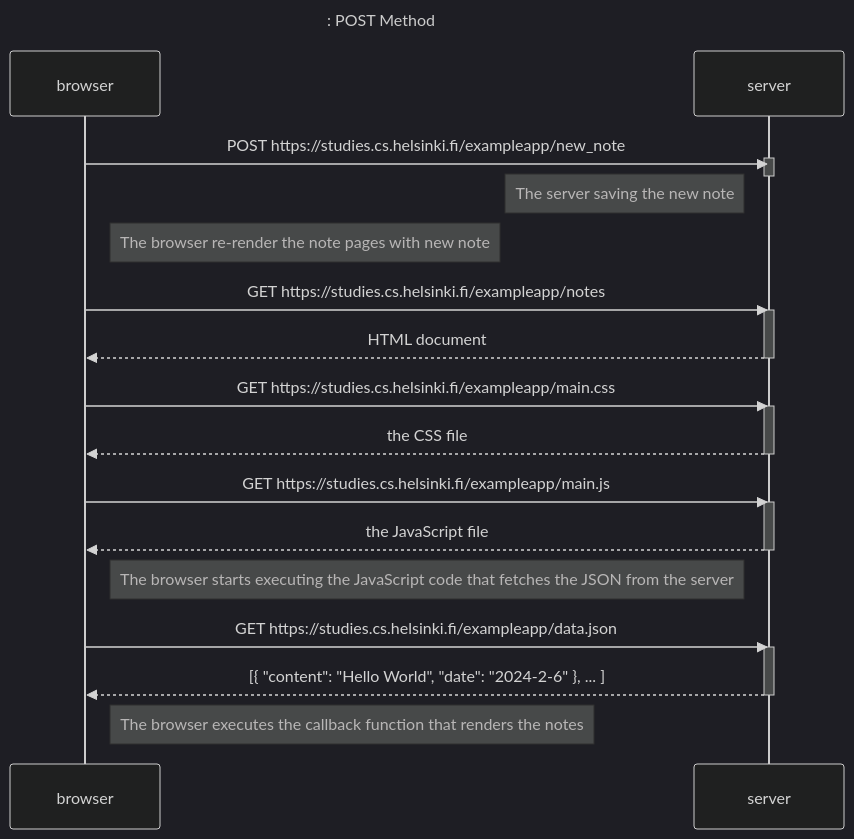
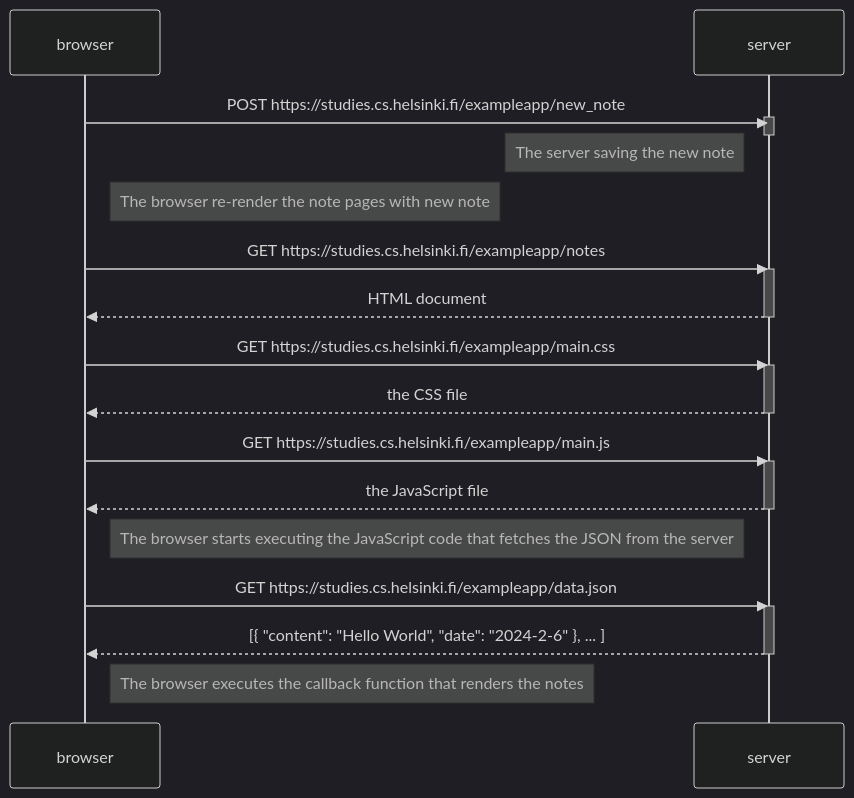
The diagram in part0/0.4.md (achmad-syidiq/fullstackopen2024), drawn with Mermaid (dark theme) before and after one commit.

Commit message:
revisi 0.4.md ke -1

````diff
--- a/part0/0.4.md
+++ b/part0/0.4.md
@@ -3,39 +3,39 @@
 ```mermaid
     sequenceDiagram
-            Title : POST Method
+
             participant browser
             participant server
 
             browser->>server : POST https://studies.cs.helsinki.fi/exampleapp/new_note
             activate server
             deactivate server
             
             Note left of server: The server saving the new note
 
             Note right of browser: The browser re-render the note pages with new note
 
             
             browser->>server: GET https://studies.cs.helsinki.fi/exampleapp/notes
             activate server
             server-->>browser: HTML document
             deactivate server
 
             browser->>server: GET https://studies.cs.helsinki.fi/exampleapp/main.css
             activate server
             server-->>browser: the CSS file
             deactivate server
 
             browser->>server: GET https://studies.cs.helsinki.fi/exampleapp/main.js
             activate server
             server-->>browser: the JavaScript file
             deactivate server
 
             Note right of browser: The browser starts executing the JavaScript code that fetches the JSON from the server
 
             browser->>server: GET https://studies.cs.helsinki.fi/exampleapp/data.json
             activate server
             server-->>browser: [{ "content": "Hello World", "date": "2024-2-6" }, ... ]
             deactivate server
 
             Note right of browser: The browser executes the callback function that renders the notes
 ```
````
